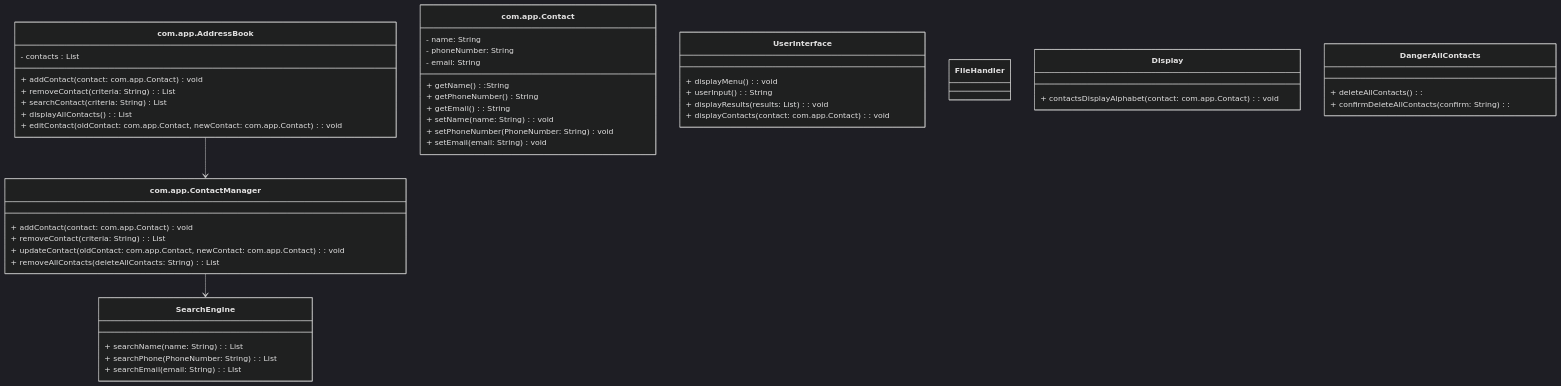
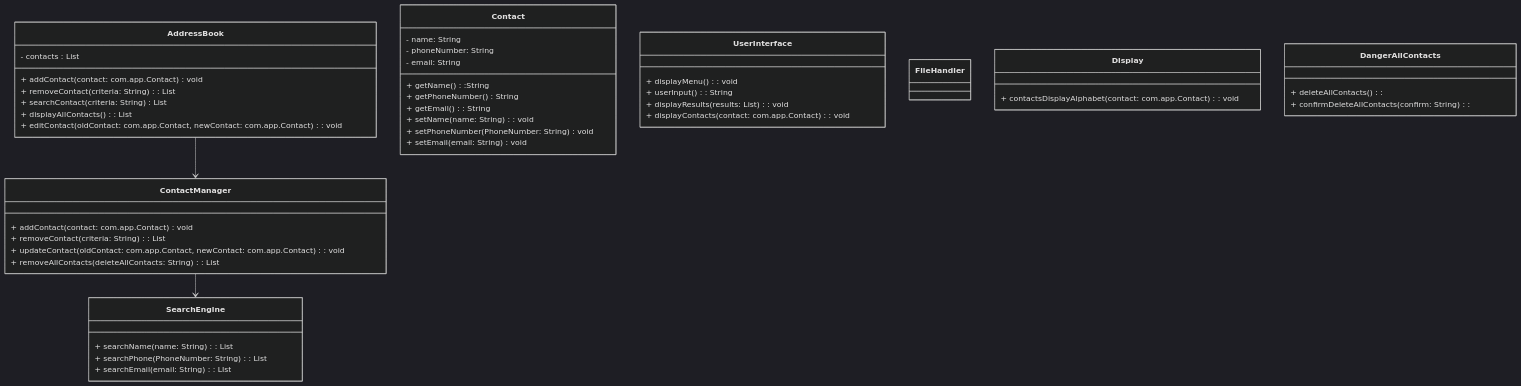
One commit to VSeaman8/DF-Challenge-3-Address-book changed the diagram in docs/class diagram.mermaid. Above: the diagram before and after it, drawn with Mermaid (dark theme). The commit also changed 2 other files, not shown here.

Commit message:
UPDATED: addressBook management of adding contacts

```diff
--- a/docs/class diagram.mermaid
+++ b/docs/class diagram.mermaid
@@ -1,59 +1,59 @@
 classDiagram
 
-    class com.app.AddressBook{
+    class AddressBook{
         - contacts : List<com.app.Contact>
         + addContact(contact: com.app.Contact) void
         + removeContact(criteria: String): List<com.app.Contact>
         + searchContact(criteria: String) List<com.app.Contact>
         + displayAllContacts(): List<com.app.Contact>
         + editContact(oldContact: com.app.Contact, newContact: com.app.Contact): void
     }
 
-    class com.app.Contact{
+    class Contact{
         - name: String
         - phoneNumber: String
         - email: String
         + getName():String
         + getPhoneNumber() String
         + getEmail(): String
         + setName(name: String): void
         + setPhoneNumber(PhoneNumber: String) void
         + setEmail(email: String) void
     }
 
-    class com.app.ContactManager {
+    class ContactManager {
         + addContact(contact: com.app.Contact) void
         + removeContact(criteria: String): List<com.app.Contact>
         + updateContact(oldContact: com.app.Contact, newContact: com.app.Contact): void
         + removeAllContacts(deleteAllContacts: String): List<com.app.Contact>
 
     }
 
     class SearchEngine {
         + searchName(name: String): List<com.app.Contact>
         + searchPhone(PhoneNumber: String): List<com.app.Contact>
         + searchEmail(email: String): LIst<com.app.Contact>
 
     }
 
     class UserInterface {
     + displayMenu(): void
     + userInput(): String
     + displayResults(results: List<com.app.Contact>): void
     + displayContacts(contact: com.app.Contact): void
     }
 
     class FileHandler {
 
     }
 
     class Display {
         + contactsDisplayAlphabet(contact: com.app.Contact): void
     }
     class DangerAllContacts {
         + deleteAllContacts():
         + confirmDeleteAllContacts(confirm: String):
     }
 
-com.app.AddressBook  --> com.app.ContactManager
-com.app.ContactManager --> SearchEngine
+AddressBook  --> ContactManager
+ContactManager --> SearchEngine
```
